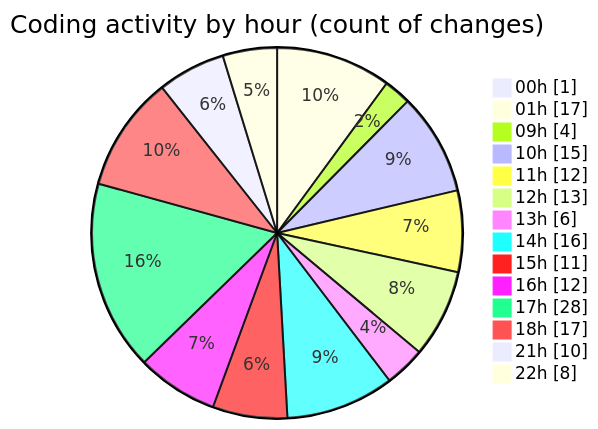
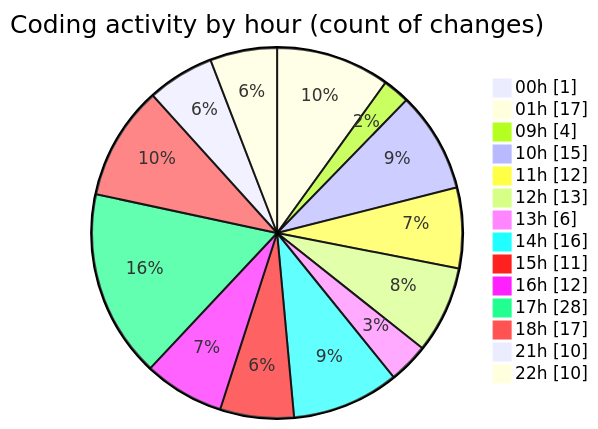
Before and after one commit to julien-gomy/code-tracking: the second of 2 diagrams in 2025-11-01/cdp_aleoudev_fr__workspace_/README.md, drawn with Mermaid. The commit also changed other lines of this file and 1 other file, not shown here.

````diff
--- a/2025-11-01/cdp_aleoudev_fr__workspace_/README.md
+++ b/2025-11-01/cdp_aleoudev_fr__workspace_/README.md
@@ -52,18 +52,18 @@
 ```mermaid
 pie showData
 title Coding activity by hour (count of changes)
 "00h" : 1
 "01h" : 17
 "09h" : 4
 "10h" : 15
 "11h" : 12
 "12h" : 13
 "13h" : 6
 "14h" : 16
 "15h" : 11
 "16h" : 12
 "17h" : 28
 "18h" : 17
 "21h" : 10
-"22h" : 8
+"22h" : 10
 ```
````
